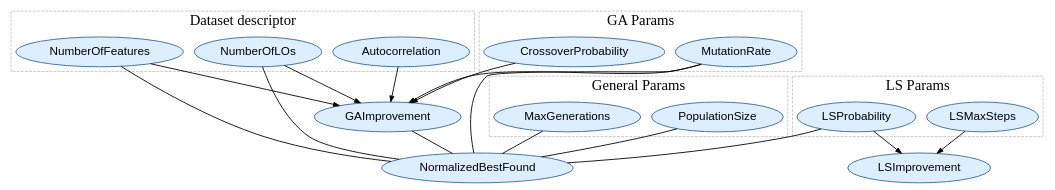
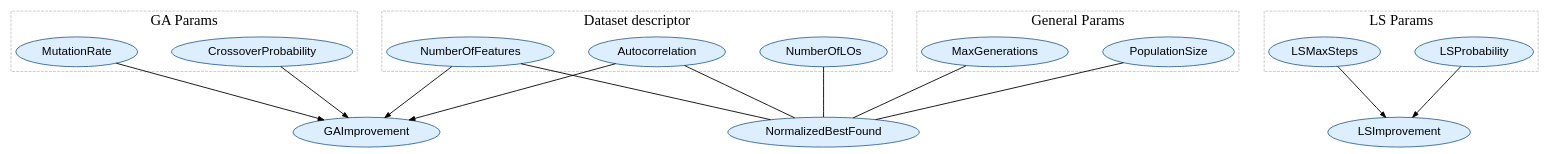
Before and after one commit to alfkristian02/MA-parametric-analysis: the diagram in causal/pc_res/pc_syn.dot, drawn with Graphviz. The commit also changed 10 other files, not shown here.

```diff
--- a/causal/pc_res/pc_syn.dot
+++ b/causal/pc_res/pc_syn.dot
@@ -1,36 +1,37 @@
 digraph {
   rankdir=TB;
+  bgcolor=white;
+  nodesep=0.8;
+  ranksep=1.2;
+  splines=true;
   bgcolor=white;
   node [shape=ellipse fontsize=20 fontname="Helvetica" style=filled fillcolor="#ddeeff" color="#336699" penwidth=1.5 margin=0.1];
   edge [penwidth=1.5 arrowsize=1.0];
   subgraph cluster_dataset {
     label="Dataset descriptor"; style=dashed; color="#aaaaaa"; fontsize=25
     "Autocorrelation"; "NumberOfFeatures"; "NumberOfLOs";
   }
   subgraph cluster_ga {
     label="GA Params"; style=dashed; color="#aaaaaa"; fontsize=25
     "CrossoverProbability"; "MutationRate";
   }
   subgraph cluster_ls {
     label="LS Params"; style=dashed; color="#aaaaaa"; fontsize=25
     "LSProbability"; "LSMaxSteps";
   }
   subgraph cluster_general {
     label="General Params"; style=dashed; color="#aaaaaa"; fontsize=25
     "PopulationSize"; "MaxGenerations";
   }
   "CrossoverProbability" -> "GAImprovement";
-  "MutationRate" -> "NormalizedBestFound" [dir=none];
   "MutationRate" -> "GAImprovement";
-  "LSProbability" -> "NormalizedBestFound" [dir=none];
   "LSProbability" -> "LSImprovement";
   "LSMaxSteps" -> "LSImprovement";
-  "GAImprovement" -> "NormalizedBestFound" [dir=none];
   "PopulationSize" -> "NormalizedBestFound" [dir=none];
   "MaxGenerations" -> "NormalizedBestFound" [dir=none];
+  "Autocorrelation" -> "NormalizedBestFound" [dir=none];
   "Autocorrelation" -> "GAImprovement";
   "NumberOfFeatures" -> "NormalizedBestFound" [dir=none];
   "NumberOfFeatures" -> "GAImprovement";
   "NumberOfLOs" -> "NormalizedBestFound" [dir=none];
-  "NumberOfLOs" -> "GAImprovement";
 }
```
